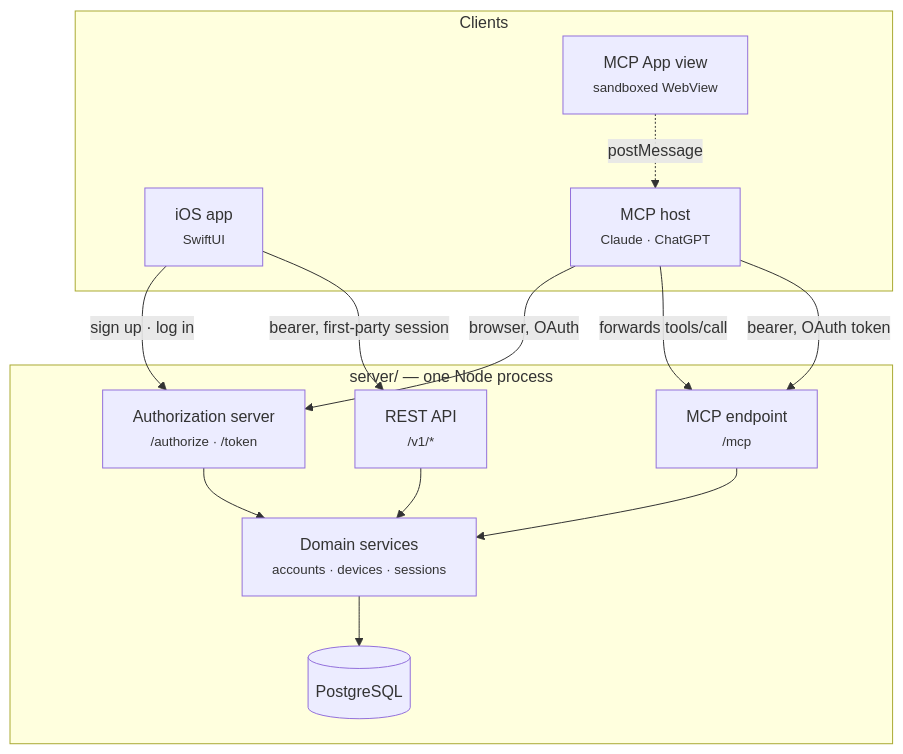
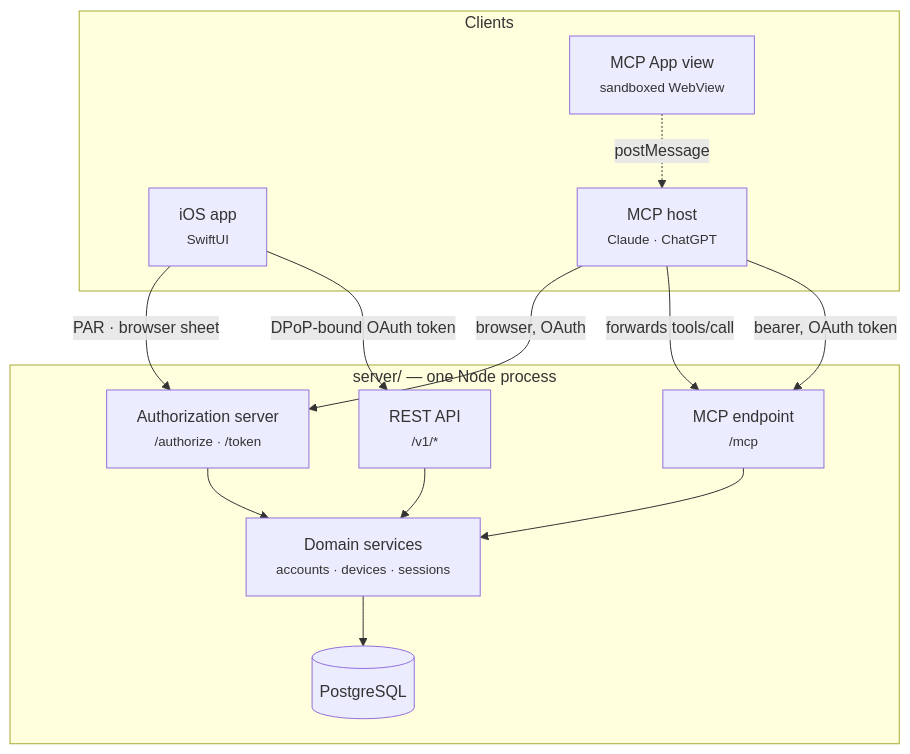
The first of 7 diagrams in docs/architecture.md (ksypinro/MCP-UI), drawn with Mermaid before and after one commit. The commit also changed other lines of this file and 52 other files, not shown here.

````diff
--- a/docs/architecture.md
+++ b/docs/architecture.md
@@ -15,28 +15,28 @@
 ```mermaid
 graph TB
     subgraph clients [Clients]
         ios["iOS app<br/><small>SwiftUI</small>"]
         host["MCP host<br/><small>Claude · ChatGPT</small>"]
         view["MCP App view<br/><small>sandboxed WebView</small>"]
     end
 
     subgraph server [server/ — one Node process]
         rest["REST API<br/><small>/v1/*</small>"]
         mcp["MCP endpoint<br/><small>/mcp</small>"]
         oauth["Authorization server<br/><small>/authorize · /token</small>"]
         domain["Domain services<br/><small>accounts · devices · sessions</small>"]
         db[("PostgreSQL")]
     end
 
-    ios -->|"bearer, first-party session"| rest
+    ios -->|"DPoP-bound OAuth token"| rest
     host -->|"bearer, OAuth token"| mcp
     view -.->|"postMessage"| host
     host -->|"forwards tools/call"| mcp
-    ios -->|"sign up · log in"| oauth
+    ios -->|"PAR · browser sheet"| oauth
     host -->|"browser, OAuth"| oauth
 
     rest --> domain
     mcp --> domain
     oauth --> domain
     domain --> db
 ```
````
